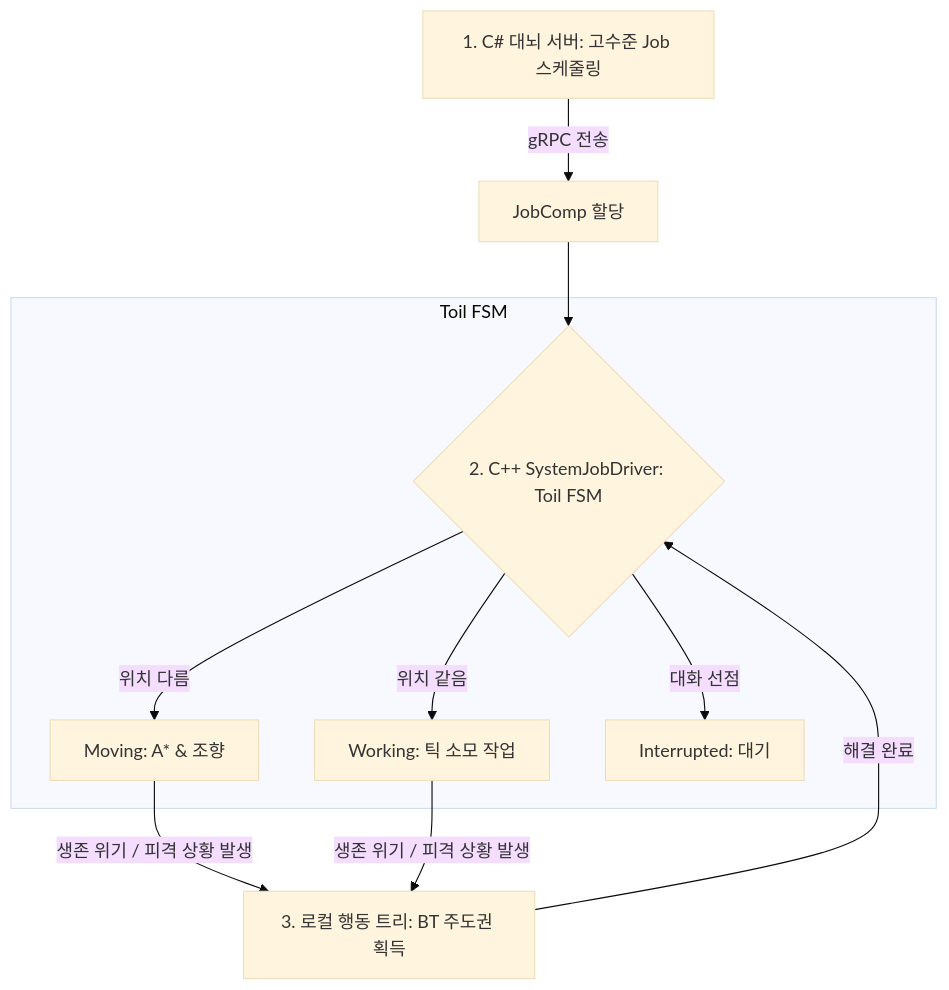
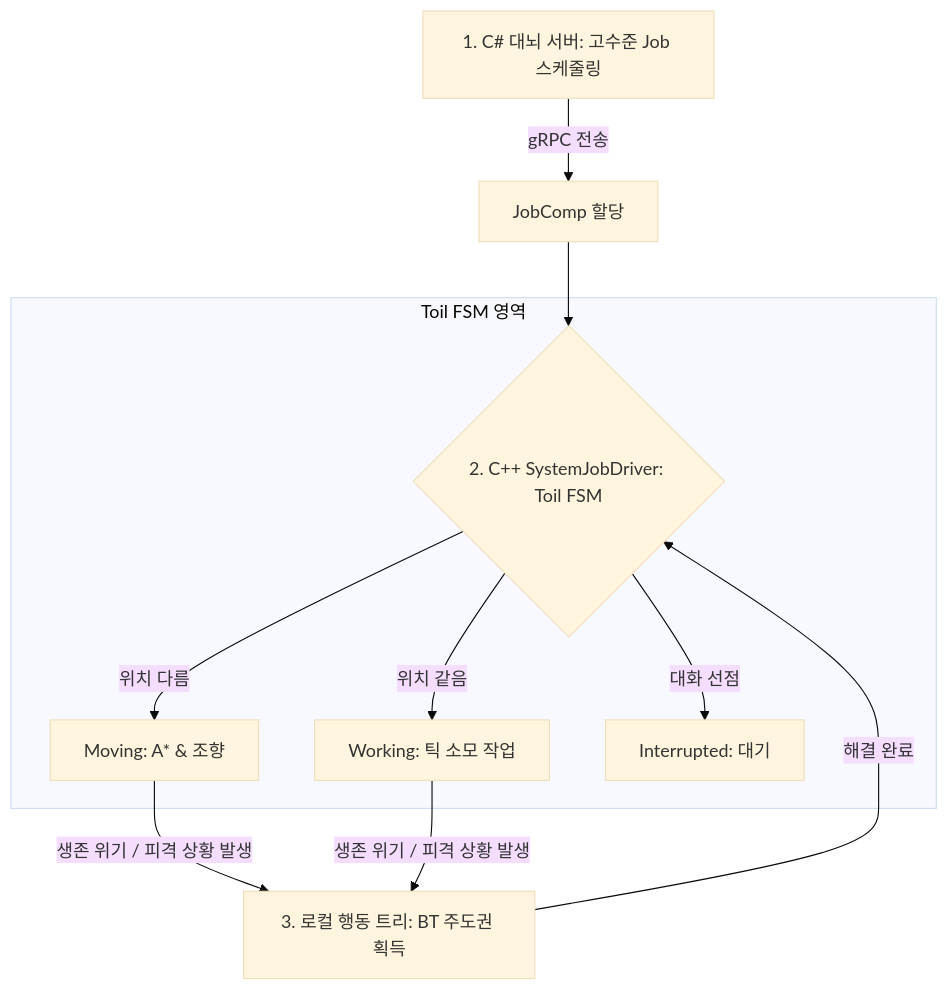
The second of 4 diagrams in MundusVivens/docs/02_agent_design.md (jin20203458/Obsidian.Agent), drawn with Mermaid (base theme) before and after one commit. The commit also changed other lines of this file, not shown here.

Commit message:
docs: fix Mermaid syntax and remove list indentation in 02_agent_design.md

````diff
--- a/MundusVivens/docs/02_agent_design.md
+++ b/MundusVivens/docs/02_agent_design.md
@@ -53,17 +53,15 @@
 ```mermaid
-graph TD
-    CS[1. C# 대뇌 서버: 고수준 Job 스케줄링] -->|gRPC 전송| JobComp[JobComp 할당]
-    JobComp --> Driver{2. C++ SystemJobDriver: Toil FSM}
+flowchart TD
+    CS["1. C# 대뇌 서버: 고수준 Job 스케줄링"] -->|"gRPC 전송"| JobComp["JobComp 할당"]
+    JobComp --> Driver{"2. C++ SystemJobDriver: Toil FSM"}
     
-    %% Toil FSM 영역
-    subgraph Toil FSM
-        Driver -->|위치 다름| Move[Moving: A* & 조향]
-        Driver -->|위치 같음| Work[Working: 틱 소모 작업]
-        Driver -->|대화 선점| Interrupted[Interrupted: 대기]
+    subgraph TOIL_FSM ["Toil FSM 영역"]
+        Driver -->|"위치 다름"| Move["Moving: A* & 조향"]
+        Driver -->|"위치 같음"| Work["Working: 틱 소모 작업"]
+        Driver -->|"대화 선점"| Interrupted["Interrupted: 대기"]
     end
 
-    %% 실시간 예외 우회 (BT)
-    Move -->|생존 위기 / 피격 상황 발생| BT[3. 로컬 행동 트리: BT 주도권 획득]
-    Work -->|생존 위기 / 피격 상황 발생| BT
-    BT -->|해결 완료| Driver
+    Move -->|"생존 위기 / 피격 상황 발생"| BT["3. 로컬 행동 트리: BT 주도권 획득"]
+    Work -->|"생존 위기 / 피격 상황 발생"| BT
+    BT -->|"해결 완료"| Driver
 ```
````
